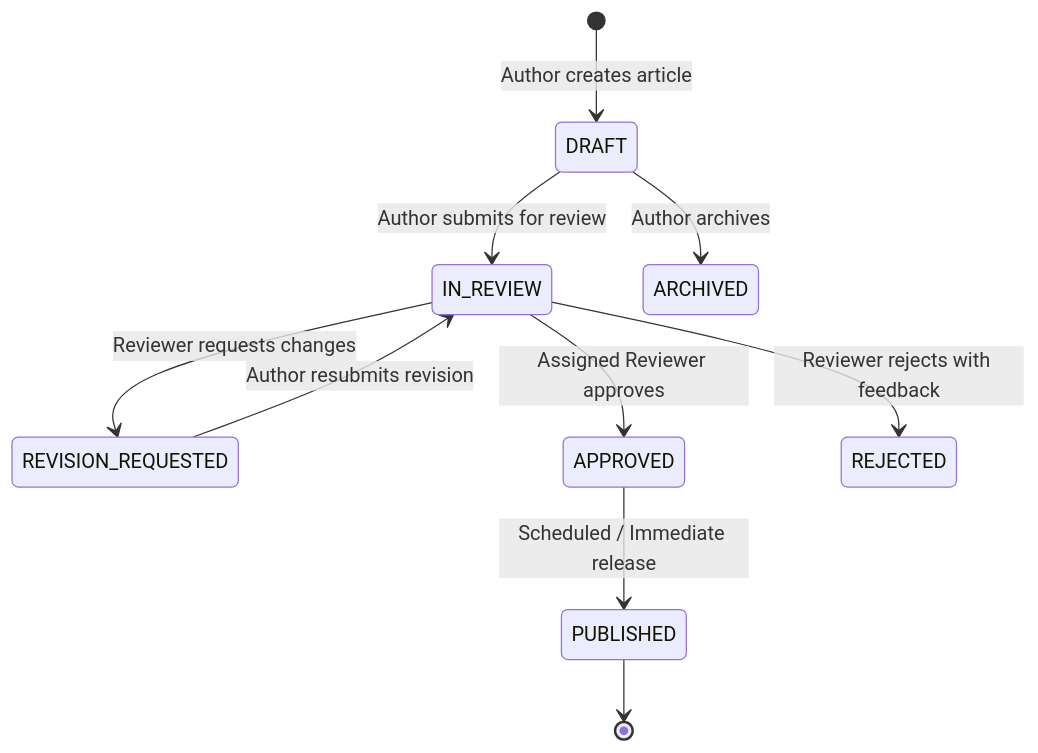
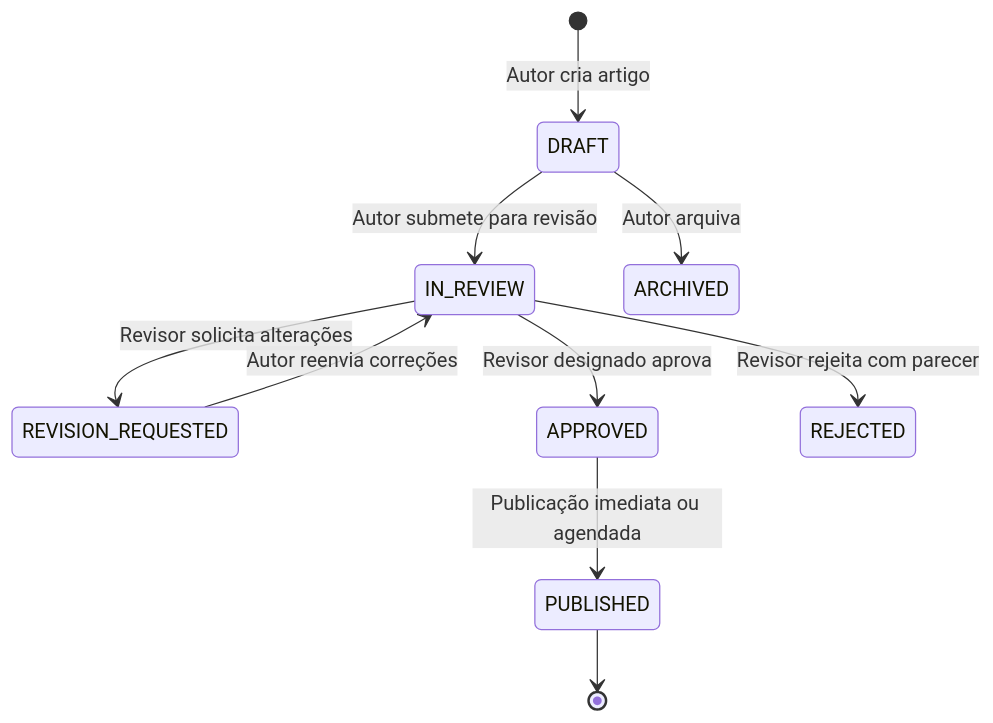
The first of 2 diagrams in backend-and-distributed-systems/concurrency-safe-editorial-engine/README.md (Fcsscoder/case-studies), drawn with Mermaid before and after one commit. The commit also changed other lines of this file and 21 other files, not shown here.

````diff
--- a/backend-and-distributed-systems/concurrency-safe-editorial-engine/README.md
+++ b/backend-and-distributed-systems/concurrency-safe-editorial-engine/README.md
@@ -9,12 +9,12 @@
 ```mermaid
 stateDiagram-v2
-    [*] --> DRAFT: Author creates article
-    DRAFT --> IN_REVIEW: Author submits for review
-    IN_REVIEW --> REVISION_REQUESTED: Reviewer requests changes
-    REVISION_REQUESTED --> IN_REVIEW: Author resubmits revision
-    IN_REVIEW --> APPROVED: Assigned Reviewer approves
-    APPROVED --> PUBLISHED: Scheduled / Immediate release
-    DRAFT --> ARCHIVED: Author archives
-    IN_REVIEW --> REJECTED: Reviewer rejects with feedback
+    [*] --> DRAFT: Autor cria artigo
+    DRAFT --> IN_REVIEW: Autor submete para revisão
+    IN_REVIEW --> REVISION_REQUESTED: Revisor solicita alterações
+    REVISION_REQUESTED --> IN_REVIEW: Autor reenvia correções
+    IN_REVIEW --> APPROVED: Revisor designado aprova
+    APPROVED --> PUBLISHED: Publicação imediata ou agendada
+    DRAFT --> ARCHIVED: Autor arquiva
+    IN_REVIEW --> REJECTED: Revisor rejeita com parecer
     PUBLISHED --> [*]
 ```
````
